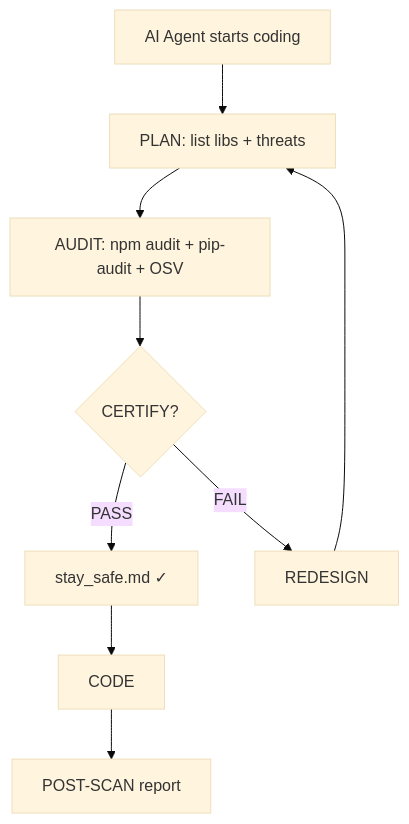
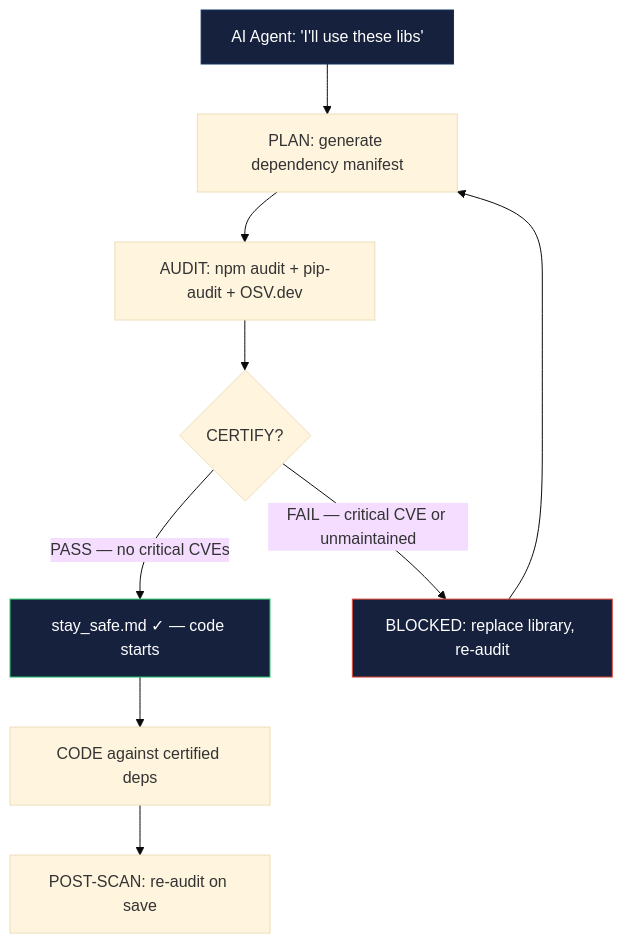
One commit to nerua1/vibe-safe changed the second of 3 diagrams in README.md. Above: the diagram before and after it, drawn with Mermaid (base theme). The commit also changed other lines of this file, not shown here.

Commit message:
README v2.0: MASTER TEMPLATE standard - 3 diagrams, Known Problems, Why Not Just table, zero platform refs

````diff
--- a/README.md
+++ b/README.md
@@ -30,11 +45,15 @@
 ```mermaid
 graph TD
-    A[AI Agent starts coding] --> B[PLAN: list libs + threats]
-    B --> C[AUDIT: npm audit + pip-audit + OSV]
-    C --> D{CERTIFY?}
-    D -->|PASS| E[stay_safe.md ✓]
-    D -->|FAIL| F[REDESIGN]
+    A["AI Agent: 'I'll use these libs'"] --> B["PLAN: generate dependency manifest"]
+    B --> C["AUDIT: npm audit + pip-audit + OSV.dev"]
+    C --> D{"CERTIFY?"}
+    D -->|"PASS — no critical CVEs"| E["stay_safe.md ✓ — code starts"]
+    D -->|"FAIL — critical CVE or unmaintained"| F["BLOCKED: replace library, re-audit"]
     F --> B
-    E --> G[CODE]
-    G --> H[POST-SCAN report]
+    E --> G["CODE against certified deps"]
+    G --> H["POST-SCAN: re-audit on save"]
+
+    style A fill:#16213e,stroke:#0f3460,color:#fff
+    style E fill:#16213e,stroke:#2ecc71,color:#fff
+    style F fill:#16213e,stroke:#e74c3c,color:#fff
 ```
````
